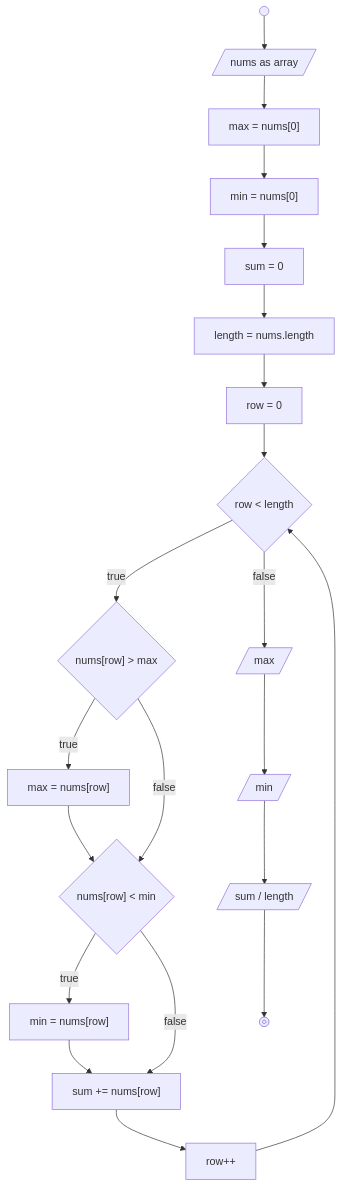
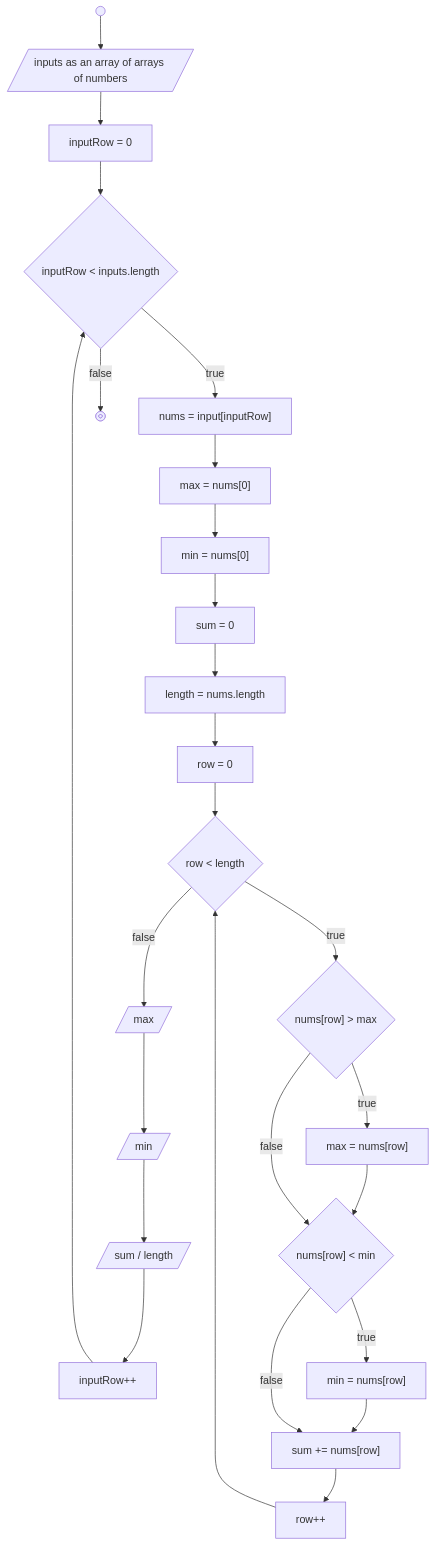
Before and after one commit to sronnaim/koda-b10-javascript4: the diagram in README.md, drawn with Mermaid. The commit also changed 1 other file, not shown here.

Commit message:
fix: included input loop to flowchart

````diff
--- a/README.md
+++ b/README.md
@@ -7,35 +7,46 @@
 ```mermaid
 flowchart TD
     Start@{ shape: start }
-    InputNums@{ shape: lean-r, label: "nums as array" }
+    InputArrayOfNums@{ shape: lean-r, label: "inputs as an array of arrays of numbers" }
+    InputRowInit@{ shape: rect, label: "inputRow = 0" }
+    InputRowControl@{ shape: decision, label: "inputRow < inputs.length" }
+    IncrInputRow@{ shape: rect, label: "inputRow++" }
+    InitRowOfNums@{ shape: rect, label: "nums = input[inputRow] "}
     InitMax@{ shape: rect, label: "max = nums[0]" }
     InitMin@{ shape: rect, label: "min = nums[0]" }
     InitSum@{ shape: rect, label: "sum = 0" }
     InitLength@{ shape: rect, label: "length = nums.length" }
     InitRow@{ shape: rect, label: "row = 0" }
     RowControl@{ shape: decision, label: "row < length" }
     MaxControl@{ shape: decision, label: "nums[row] > max" }
     ChangeMax@{ shape: rect, label: "max = nums[row]" }
     MinControl@{ shape: decision, label: "nums[row] < min" }
     ChangeMin@{ shape: rect, label: "min = nums[row]"}
     AddToSum@{ shape: rect, label: "sum += nums[row]" }
     IncrRow@{ shape: rect, label: "row++" }
     OutputMax@{ shape: lean-r, label: "max" }
     OutputMin@{ shape: lean-r, label: "min" }
     OutputAvg@{ shape: lean-r, label: "sum / length" }
     End@{ shape: stop }
 
-    Start --> InputNums --> InitMax --> InitMin --> InitSum --> InitLength --> InitRow --> RowControl
+    Start --> InputArrayOfNums --> InputRowInit --> InputRowControl
+
+    InputRowControl --true--> InitRowOfNums
+    InputRowControl --false--> End
+
+    InitRowOfNums --> InitMax --> InitMin --> InitSum --> InitLength --> InitRow --> RowControl
 
     RowControl --true--> MaxControl
 
     MaxControl --true--> ChangeMax --> MinControl
     MaxControl --false--> MinControl
 
     MinControl --true--> ChangeMin --> AddToSum
     MinControl --false--> AddToSum
 
     AddToSum --> IncrRow --> RowControl
 
-    RowControl --false--> OutputMax --> OutputMin --> OutputAvg --> End
+    RowControl --false--> OutputMax --> OutputMin --> OutputAvg
+
+    OutputAvg --> IncrInputRow --> InputRowControl
 ```
````
